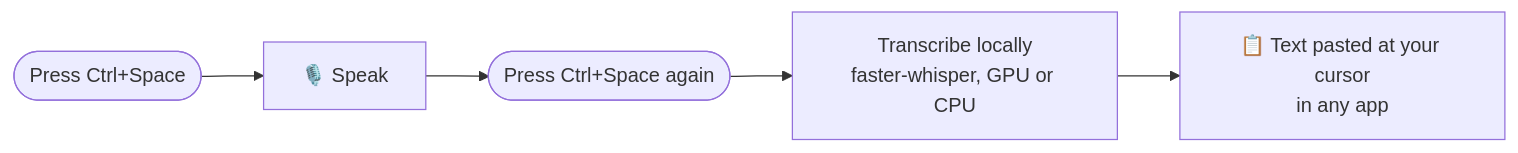
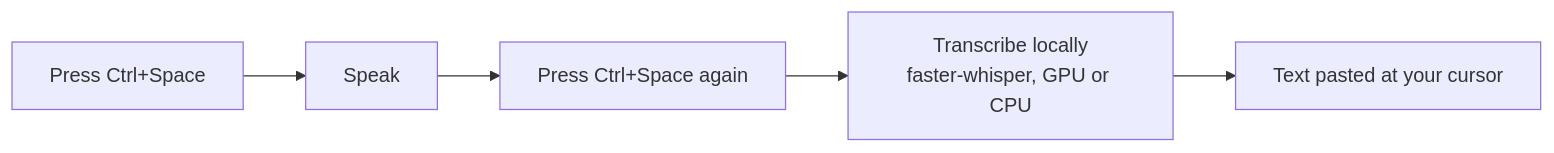
The diagram in README.md (SanjuEpic/free-wispr-flow), drawn with Mermaid before and after one commit. The commit also changed 1 other file, not shown here.

Commit message:
fix(docs): harden Mermaid diagrams for GitHub's renderer
GitHub's sandboxed Mermaid failed to render ('Cannot read properties of
undefined'). Remove emojis (variation-selector codepoints), switch <br/> to
<br>, drop stadium nodes, and strip slashes/parens/arrows from edge labels.
All four diagrams validated with @mermaid-js/mermaid-cli.

````diff
--- a/README.md
+++ b/README.md
@@ -7,7 +7,7 @@
 ```mermaid
 flowchart LR
-    A(["Press Ctrl+Space"]) --> B["🎙️ Speak"]
-    B --> C(["Press Ctrl+Space again"])
-    C --> D["Transcribe locally<br/>faster-whisper, GPU or CPU"]
-    D --> E["📋 Text pasted at your cursor<br/>in any app"]
+    A["Press Ctrl+Space"] --> B["Speak"]
+    B --> C["Press Ctrl+Space again"]
+    C --> D["Transcribe locally<br>faster-whisper, GPU or CPU"]
+    D --> E["Text pasted at your cursor"]
 ```
````
